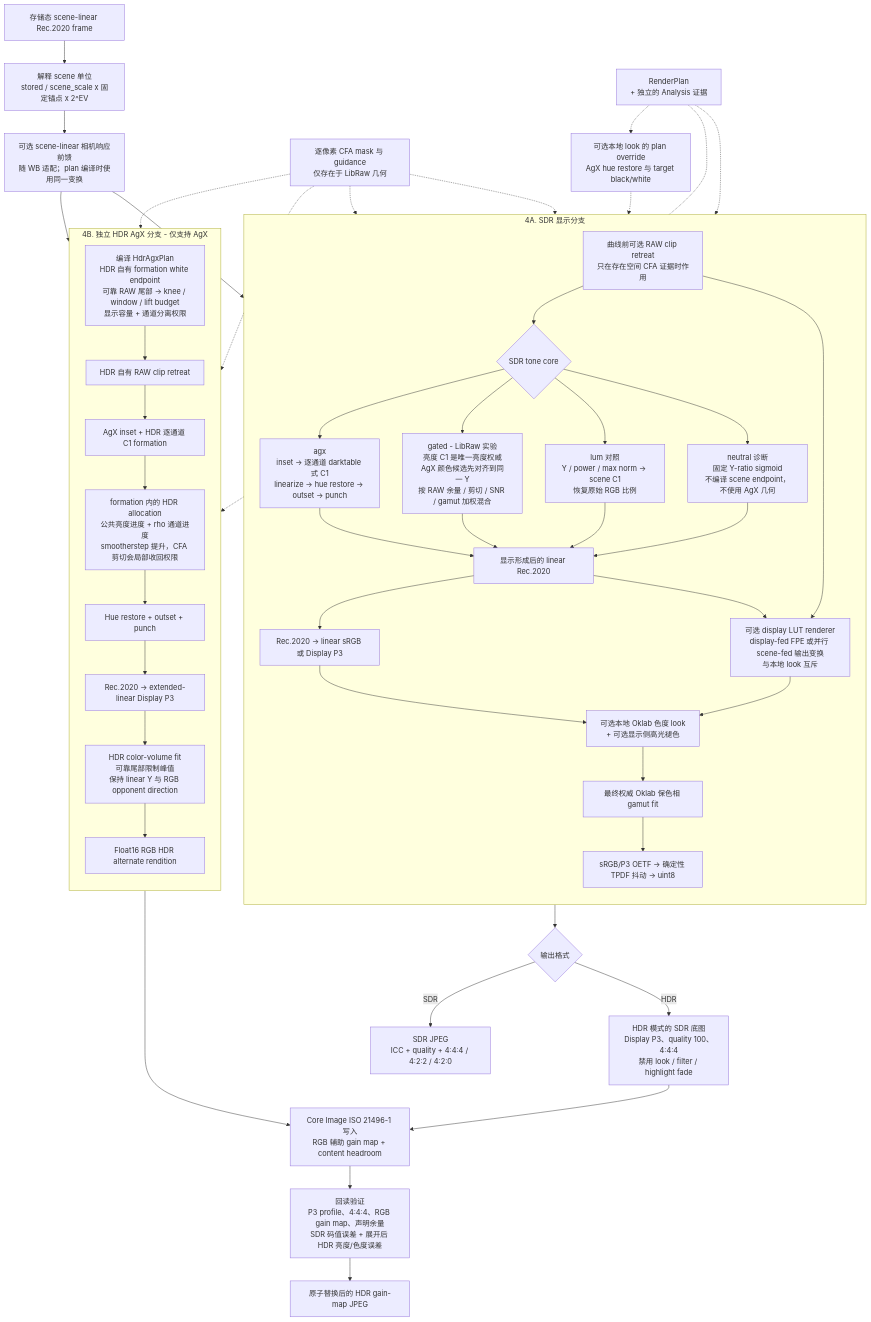
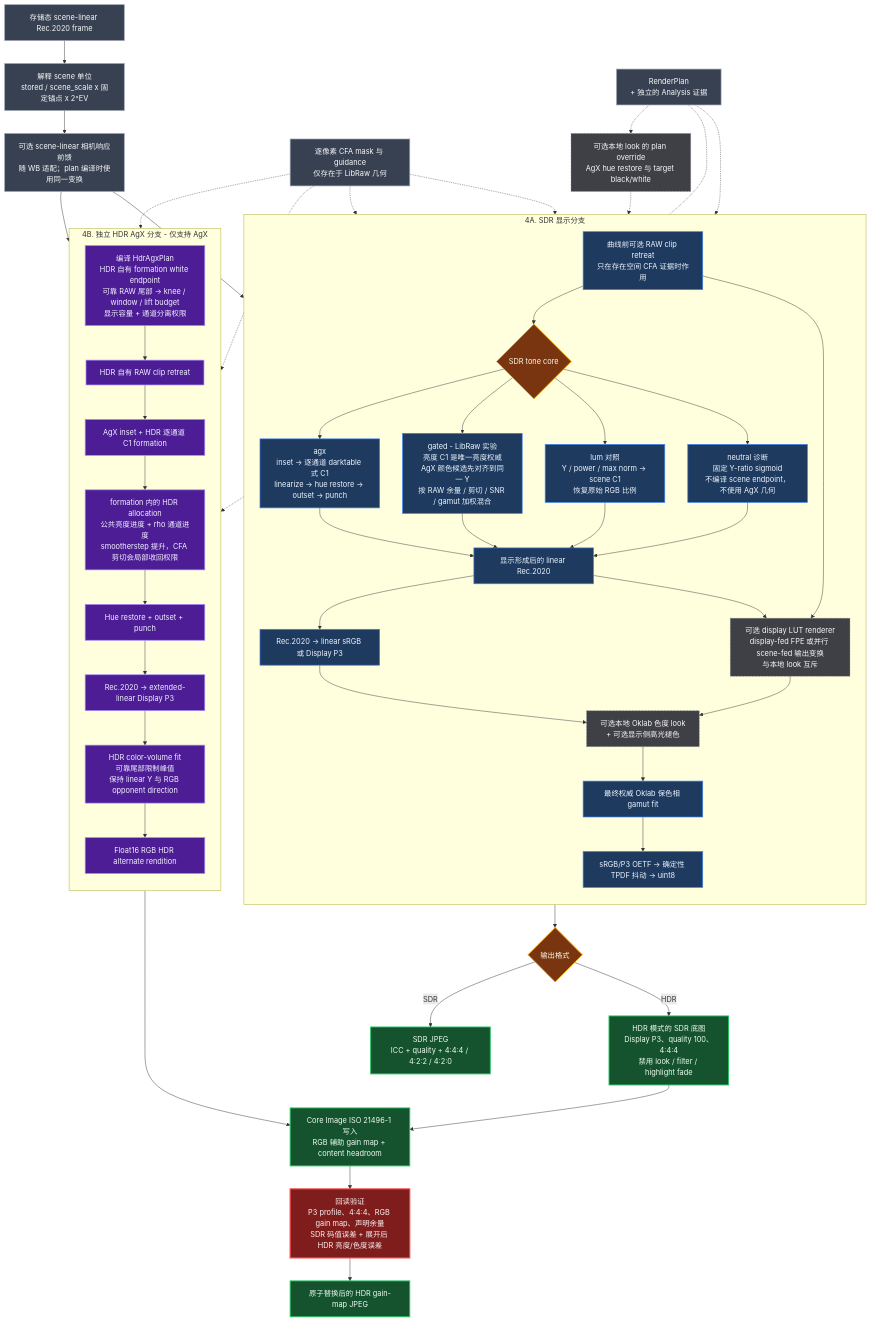
The second of 2 diagrams in README.zh-CN.md (deadwood1998/dngscan), drawn with Mermaid before and after one commit. The commit also changed other lines of this file and 2 other files, not shown here.

````diff
--- a/README.zh-CN.md
+++ b/README.zh-CN.md
@@ -187,4 +213,20 @@
     ALT --> PACKAGE
     PACKAGE --> VERIFY["回读验证<br/>P3 profile、4:4:4、RGB gain map、声明余量<br/>SDR 码值误差 + 展开后 HDR 亮度/色度误差"]
     VERIFY --> HDRJPEG["原子替换后的 HDR gain-map JPEG"]
+
+    classDef shared fill:#374151,stroke:#9ca3af,stroke-width:1.5px,color:#f9fafb
+    classDef sdrpath fill:#1e3a5f,stroke:#3b82f6,stroke-width:1.5px,color:#eff6ff
+    classDef hdrpath fill:#4c1d95,stroke:#a78bfa,stroke-width:1.5px,color:#f5f3ff
+    classDef choice fill:#78350f,stroke:#f59e0b,stroke-width:2px,color:#fffbeb
+    classDef optional fill:#3f3f46,stroke:#71717a,stroke-width:1px,color:#fafafa,stroke-dasharray:4 3
+    classDef deliver fill:#14532d,stroke:#22c55e,stroke-width:2px,color:#f0fdf4
+    classDef gate fill:#7f1d1d,stroke:#ef4444,stroke-width:2.5px,color:#fef2f2
+
+    class SCENE,SCALE,PREFEED,PLAN,MASKS shared
+    class RETREAT,AGX,GATED,LUM,NEUTRAL,FORMED,OUTPUT,FIT,ENCODE sdrpath
+    class HDRPLAN,HRETREAT,HINSET,LIFT,HFINISH,HP3,HVOLUME,ALT hdrpath
+    class CORE,FORMAT choice
+    class FILTER,GRADE,LOOKPOLICY optional
+    class SDRJPEG,BASE,PACKAGE,HDRJPEG deliver
+    class VERIFY gate
 ```
````
